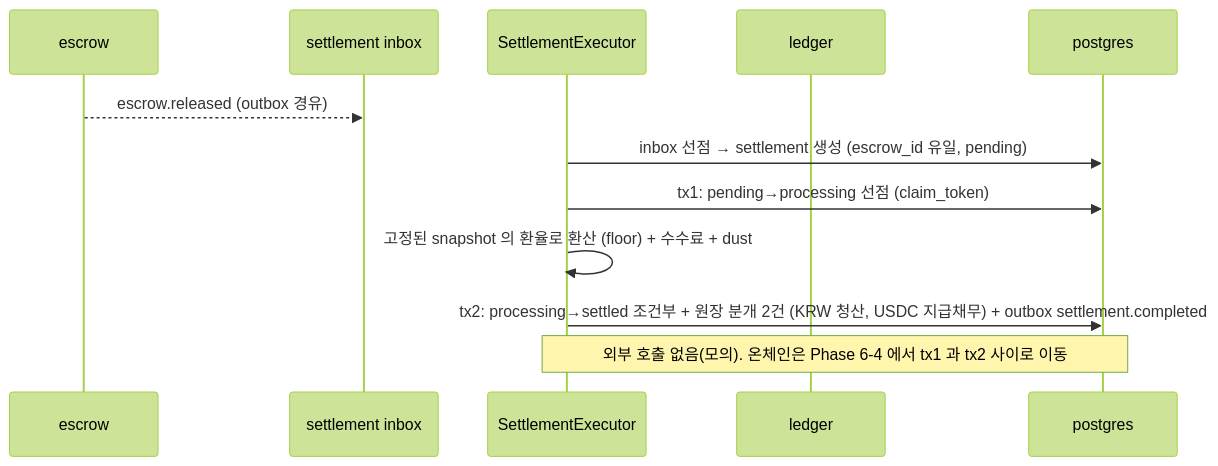
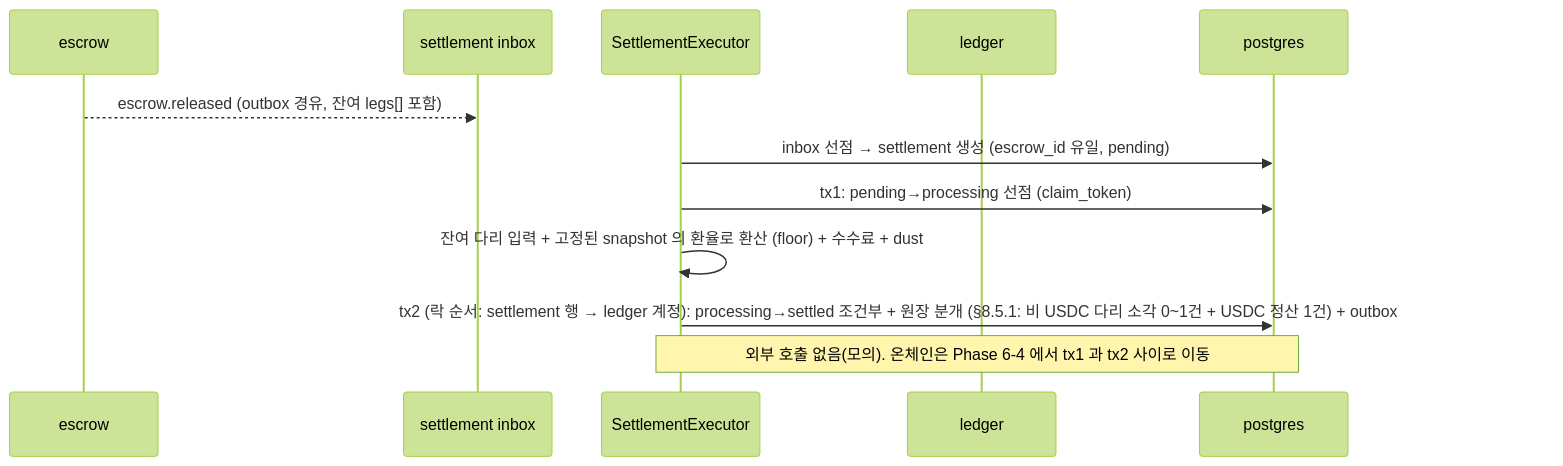
Before and after one commit to 1985jwlee/portpolio_backend: diagram 21 of 26 in docs/design/phases/02-commerce.md, drawn with Mermaid (forest theme). The commit also changed other lines of this file and 50 other files, not shown here.

````diff
--- a/docs/design/phases/02-commerce.md
+++ b/docs/design/phases/02-commerce.md
@@ -975,14 +1024,14 @@
 ```mermaid
 sequenceDiagram
     participant E as escrow
     participant I as settlement inbox
     participant S as SettlementExecutor
     participant L as ledger
     participant D as postgres
-    E-->>I: escrow.released (outbox 경유)
+    E-->>I: escrow.released (outbox 경유, 잔여 legs[] 포함)
     S->>D: inbox 선점 → settlement 생성 (escrow_id 유일, pending)
     S->>D: tx1: pending→processing 선점 (claim_token)
-    S->>S: 고정된 snapshot 의 환율로 환산 (floor) + 수수료 + dust
-    S->>D: tx2: processing→settled 조건부 + 원장 분개 2건 (KRW 청산, USDC 지급채무) + outbox settlement.completed
+    S->>S: 잔여 다리 입력 + 고정된 snapshot 의 환율로 환산 (floor) + 수수료 + dust
+    S->>D: tx2 (락 순서: settlement 행 → ledger 계정): processing→settled 조건부 + 원장 분개 (§8.5.1: 비 USDC 다리 소각 0~1건 + USDC 정산 1건) + outbox settlement.completed
     Note over S,D: 외부 호출 없음(모의). 온체인은 Phase 6-4 에서 tx1 과 tx2 사이로 이동
 ```
````
